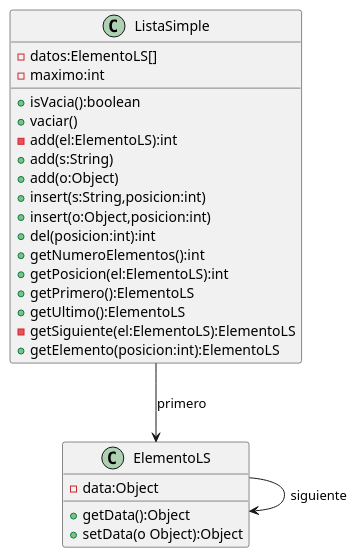
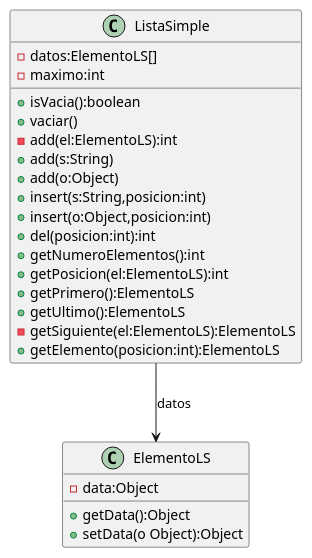
The diagram in diagramas/UML-Lista-Simple.puml (MetodologiaProgMatComp/el1-listasimple-maria-y-pilar), drawn with PlantUML before and after one commit. The commit also changed 5 other files, not shown here.

```diff
--- a/diagramas/UML-Lista-Simple.puml
+++ b/diagramas/UML-Lista-Simple.puml
@@ -1,41 +1,40 @@
 @startuml
 'https://plantuml.com/class-diagram
 
 class ListaSimple {
 -datos:ElementoLS[]
 -maximo:int
 +isVacia():boolean
 +vaciar()
 -add(el:ElementoLS):int
 +add(s:String)
 +add(o:Object)
 +insert(s:String,posicion:int)
 +insert(o:Object,posicion:int)
 +del(posicion:int):int
 +getNumeroElementos():int
 +getPosicion(el:ElementoLS):int
 +getPrimero():ElementoLS
 +getUltimo():ElementoLS
 -getSiguiente(el:ElementoLS):ElementoLS
 +getElemento(posicion:int):ElementoLS
 }
 
 class ElementoLS {
 -data:Object
 +getData():Object
 +setData(o Object):Object
 }
 
-ListaSimple --> ElementoLS:primero
-ElementoLS --> ElementoLS:siguiente
+ListaSimple --> ElementoLS:datos
 
 /' COMENTARIOS:
 note bottom on link
     Esta es una nota para un enlace
 endnote
 
 note right of Elemento::siguiente
   Esto es una nota
 end note
 '/
 @enduml
```
